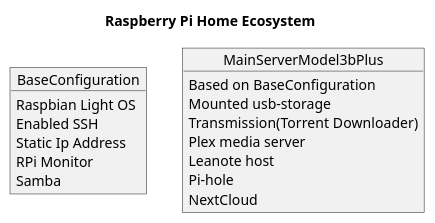
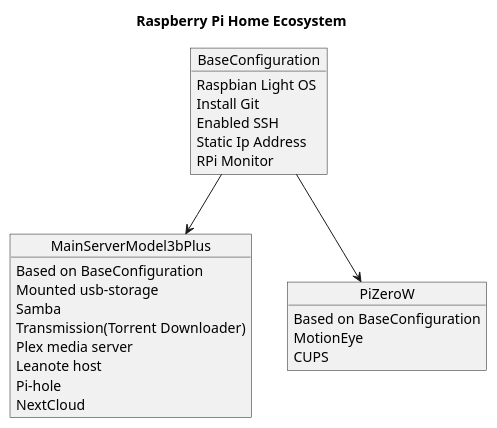
One commit to romankh3/raspberrypi-home-ecosystem changed the diagram in schemas/main.puml. Above: the diagram before and after it, drawn with PlantUML. The commit also changed 2 other files, not shown here.

Commit message:
#6: Added Plunt UML schema #9: updated README

```diff
--- a/schemas/main.puml
+++ b/schemas/main.puml
@@ -1,25 +1,36 @@
 @startuml
 title Raspberry Pi Home Ecosystem
 
 hide empty members
 
 object BaseConfiguration {
     Raspbian Light OS
+    Install Git
     Enabled SSH
     Static Ip Address
     RPi Monitor
-    Samba
 }
 
 object MainServerModel3bPlus {
     Based on BaseConfiguration
     Mounted usb-storage
+    Samba
     Transmission(Torrent Downloader)
     Plex media server
     Leanote host
     Pi-hole
     NextCloud
 }
 
+object PiZeroW {
+   Based on BaseConfiguration
+   MotionEye
+   CUPS
+}
+
+BaseConfiguration --> MainServerModel3bPlus
+BaseConfiguration --> PiZeroW
+
+
 
 @enduml
```
